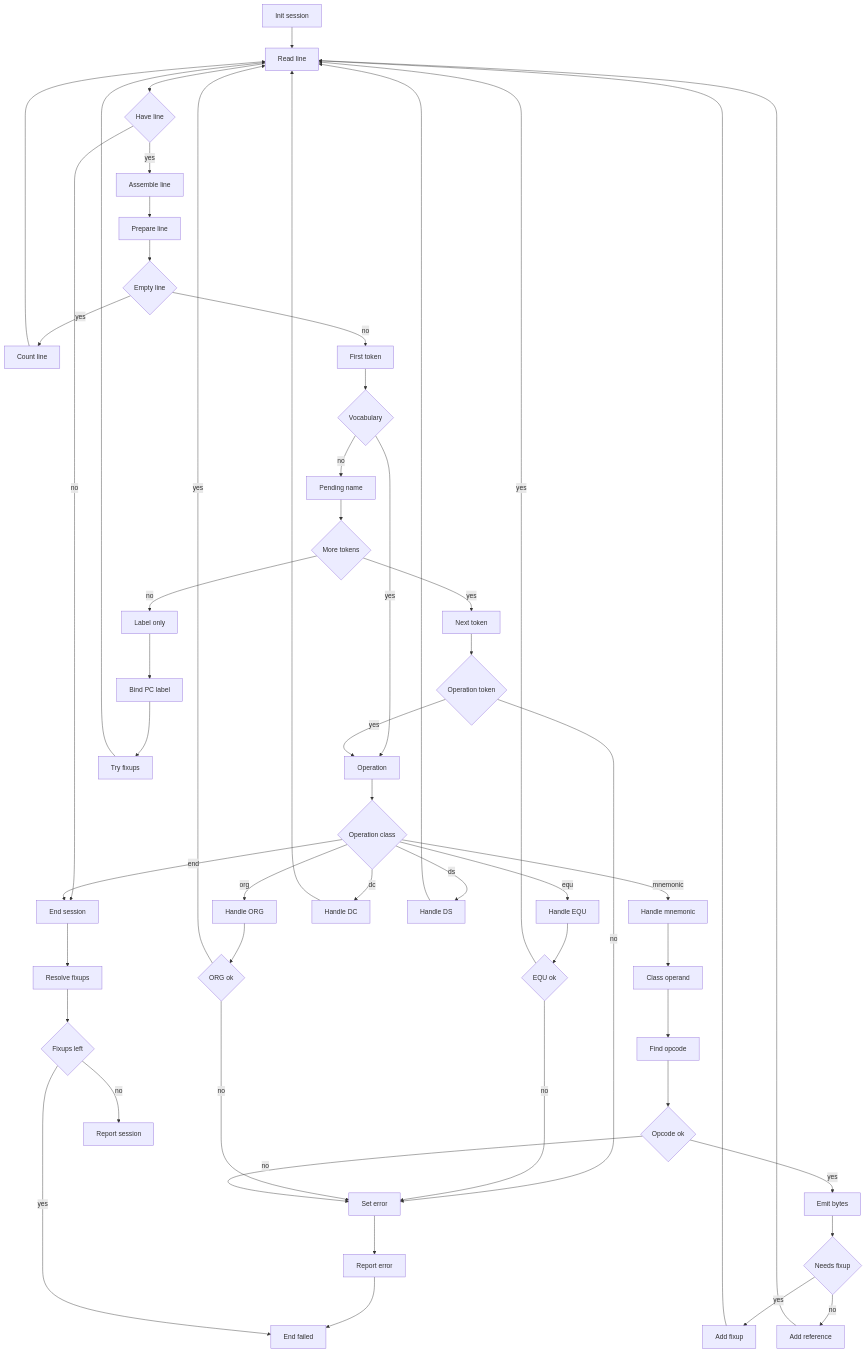
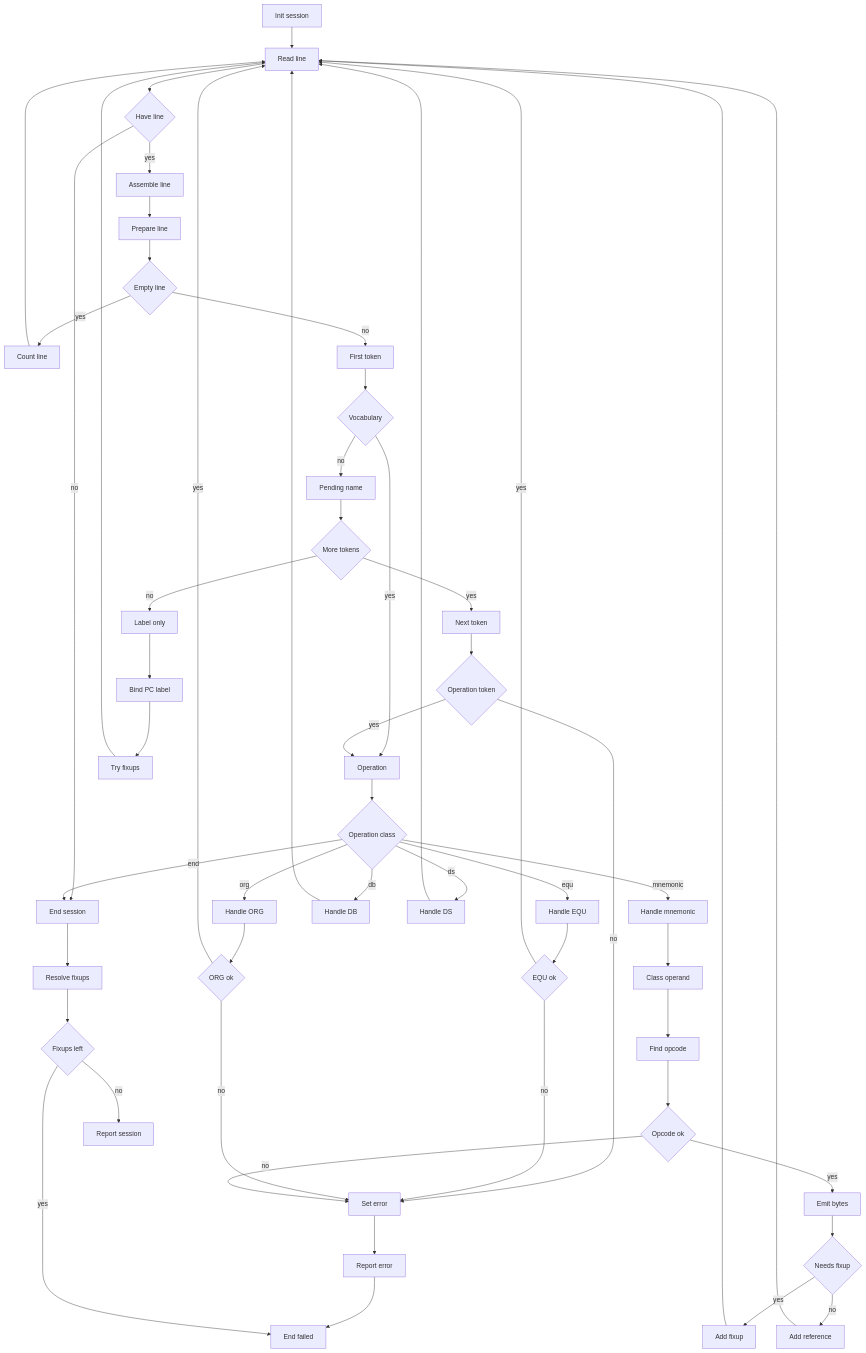
Before and after one commit to 95westus/R-YORS: the second of 6 diagrams in DOC/GUIDES/ASM/HASHED_ASM.md, drawn with Mermaid. The commit also changed other lines of this file and 7 other files, not shown here.

```diff
--- a/DOC/GUIDES/ASM/HASHED_ASM.md
+++ b/DOC/GUIDES/ASM/HASHED_ASM.md
@@ -1941,7 +1946,7 @@
     DISPATCH{Operation class}
     EQU[Handle EQU]
     ORG[Handle ORG]
-    DC[Handle DC]
+    DB[Handle DB]
     DS[Handle DS]
     MNEM[Handle mnemonic]
     EQUOK{EQU ok}
@@ -1985,7 +1990,7 @@
     DISPATCH -->|equ| EQU
     DISPATCH -->|org| ORG
     DISPATCH -->|end| ENDST
-    DISPATCH -->|dc| DC
+    DISPATCH -->|db| DB
     DISPATCH -->|ds| DS
     DISPATCH -->|mnemonic| MNEM
     EQU --> EQUOK
@@ -2004,7 +2009,7 @@
     NEEDFIX -->|no| REF
     FIX --> READ
     REF --> READ
-    DC --> READ
+    DB --> READ
     DS --> READ
     FAIL --> REPORTFAIL
     REPORTFAIL --> ENDFAIL
```
